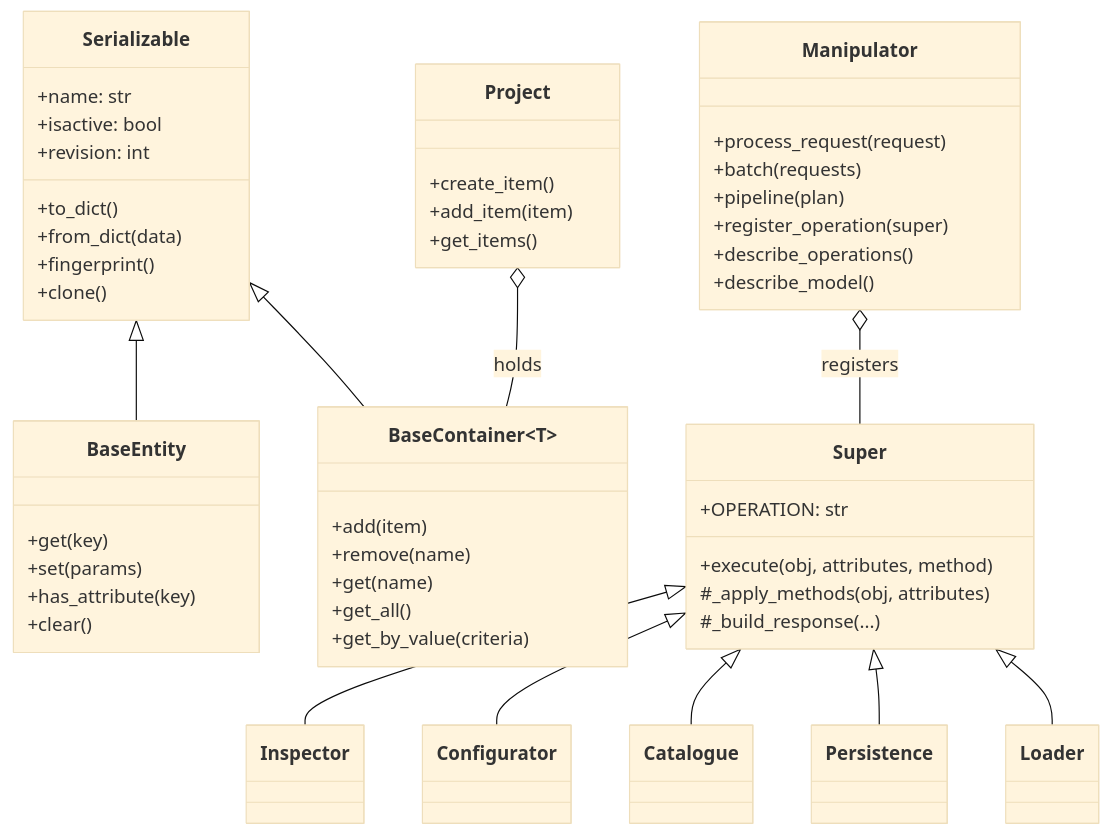
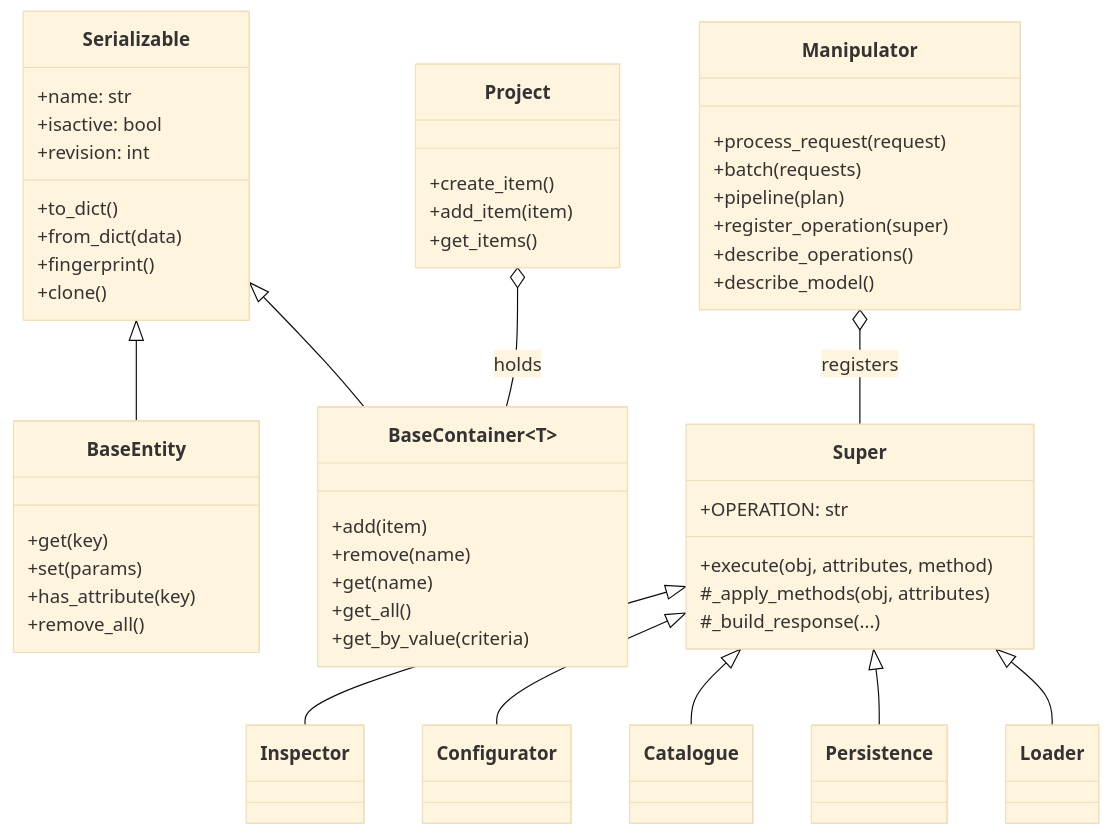
One commit to Torward1024/MSB changed the second of 11 diagrams in docs/diagrams.md. Above: the diagram before and after it, drawn with Mermaid (base theme). The commit also changed other lines of this file and 28 other files, not shown here.

````diff
--- a/docs/diagrams.md
+++ b/docs/diagrams.md
@@ -51,61 +51,61 @@
 ```mermaid
 classDiagram
     direction TB
 
     class Serializable {
         +name: str
         +isactive: bool
         +revision: int
         +to_dict()
         +from_dict(data)
         +fingerprint()
         +clone()
     }
 
     class BaseEntity {
         +get(key)
         +set(params)
         +has_attribute(key)
-        +clear()
+        +remove_all()
     }
 
     class BaseContainer~T~ {
         +add(item)
         +remove(name)
         +get(name)
         +get_all()
         +get_by_value(criteria)
     }
 
     class Super {
         +OPERATION: str
         +execute(obj, attributes, method)
         #_apply_methods(obj, attributes)
         #_build_response(...)
     }
 
     class Manipulator {
         +process_request(request)
         +batch(requests)
         +pipeline(plan)
         +register_operation(super)
         +describe_operations()
         +describe_model()
     }
 
     class Project {
         +create_item()
         +add_item(item)
         +get_items()
     }
 
     Serializable <|-- BaseEntity
     Serializable <|-- BaseContainer
     Super <|-- Inspector
     Super <|-- Configurator
     Super <|-- Catalogue
     Super <|-- Persistence
     Super <|-- Loader
     Manipulator o-- Super : registers
     Project o-- BaseContainer : holds
 ```
````
